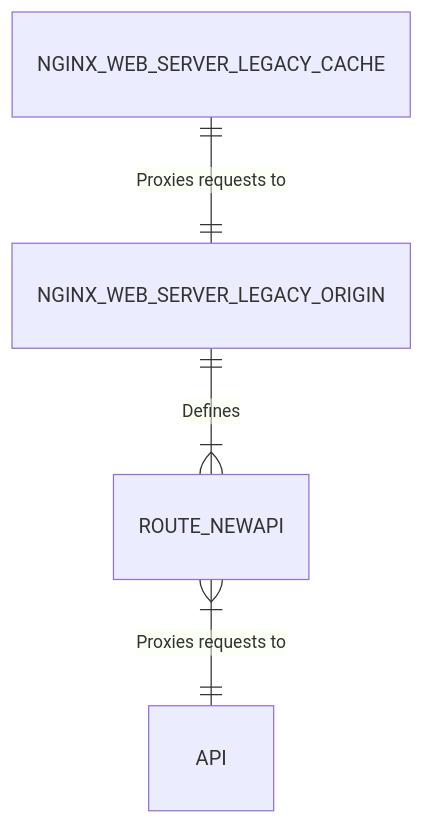
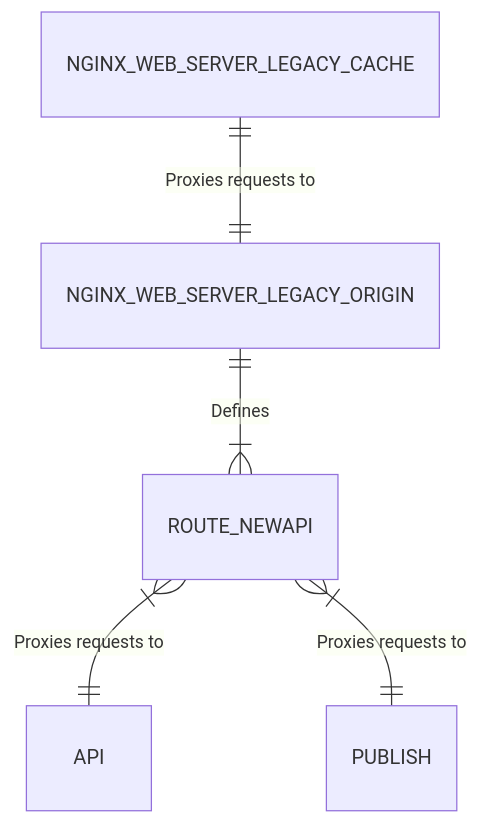
Before and after one commit to jkenlooper/puzzle-massive: the diagram in api/README.md, drawn with Mermaid. The commit also changed 4 other files, not shown here.

````diff
--- a/api/README.md
+++ b/api/README.md
@@ -25,6 +25,7 @@
 ```mermaid
 erDiagram
   NGINX_WEB_SERVER_LEGACY_CACHE ||--|| NGINX_WEB_SERVER_LEGACY_ORIGIN : "Proxies requests to"
   NGINX_WEB_SERVER_LEGACY_ORIGIN ||--}| ROUTE_NEWAPI : "Defines"
   ROUTE_NEWAPI |{--|| API : "Proxies requests to"
+  ROUTE_NEWAPI |{--|| PUBLISH : "Proxies requests to"
 ```
````
